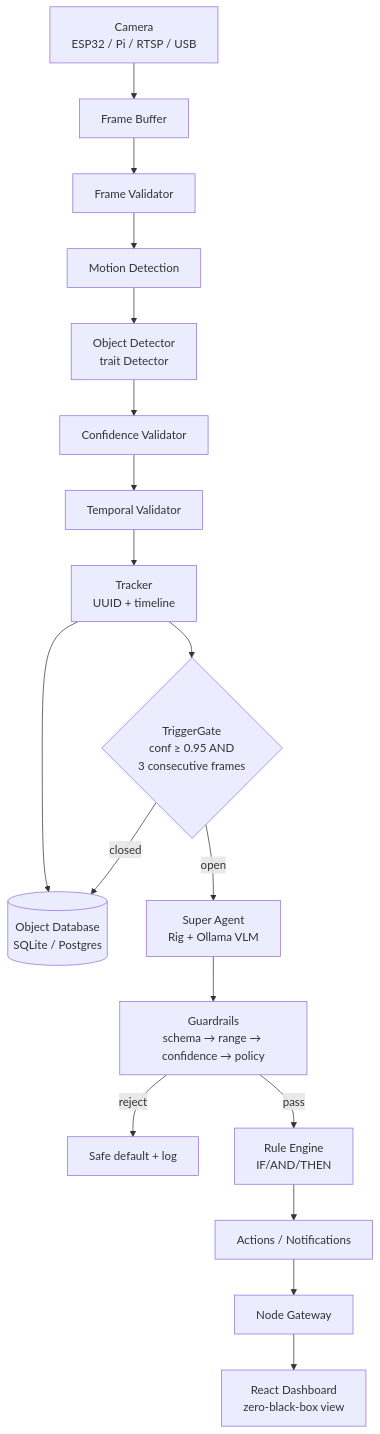
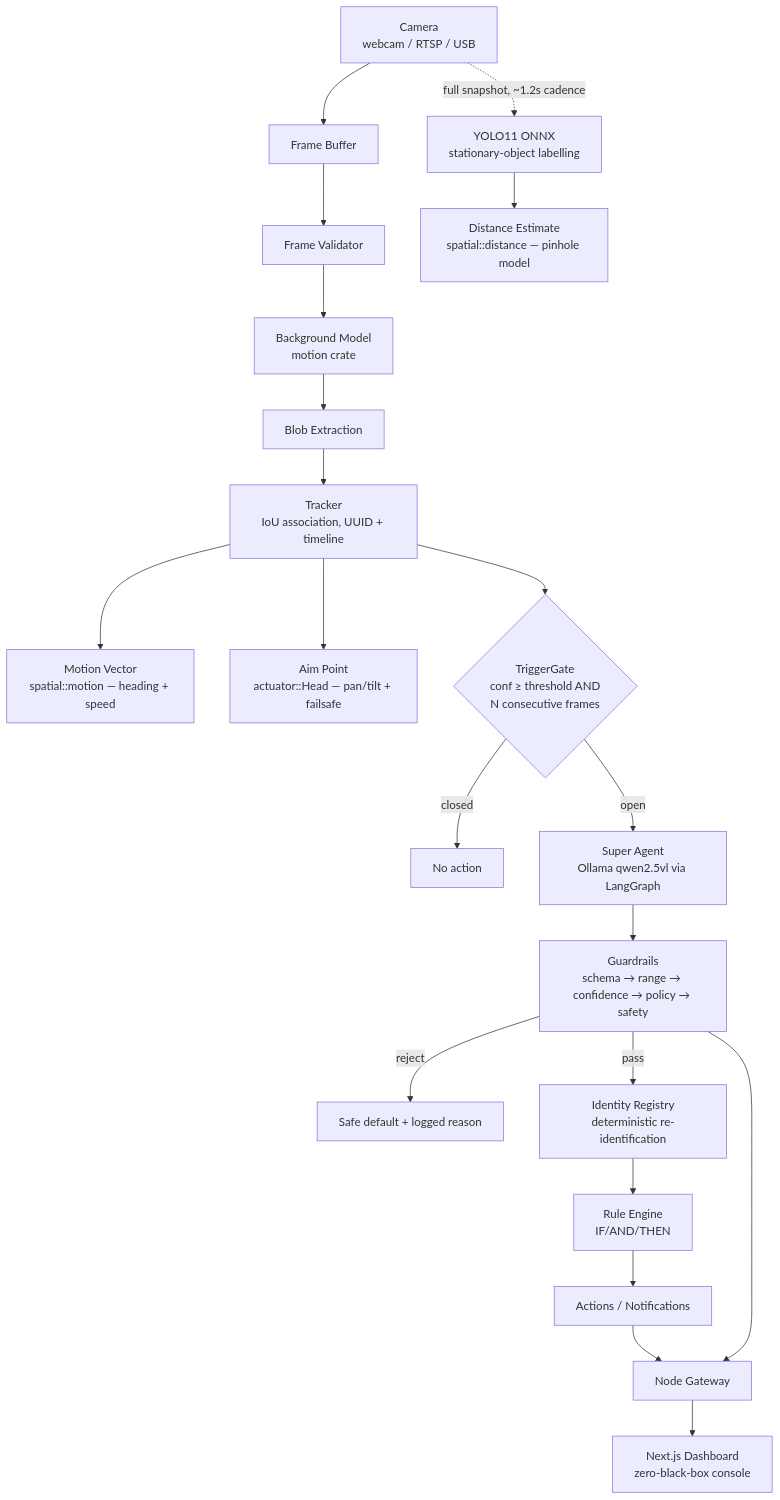
The first of 2 diagrams in docs/architecture/overview.md (GeekatplayStudio/WatchingEye), drawn with Mermaid before and after one commit. The commit also changed other lines of this file and 3 other files, not shown here.

````diff
--- a/docs/architecture/overview.md
+++ b/docs/architecture/overview.md
@@ -3,20 +5,25 @@
 ```mermaid
 flowchart TD
-    C[Camera<br/>ESP32 / Pi / RTSP / USB] --> FB[Frame Buffer]
+    C[Camera<br/>webcam / RTSP / USB] --> FB[Frame Buffer]
     FB --> FV[Frame Validator]
-    FV --> MD[Motion Detection]
-    MD --> OD[Object Detector<br/>trait Detector]
-    OD --> CV[Confidence Validator]
-    CV --> TV[Temporal Validator]
-    TV --> TR[Tracker<br/>UUID + timeline]
-    TR --> ODB[(Object Database<br/>SQLite / Postgres)]
-    TR --> GATE{TriggerGate<br/>conf ≥ 0.95 AND<br/>3 consecutive frames}
-    GATE -- closed --> ODB
-    GATE -- open --> SA[Super Agent<br/>Rig + Ollama VLM]
-    SA --> GR[Guardrails<br/>schema → range → confidence → policy]
-    GR -- reject --> SAFE[Safe default + log]
-    GR -- pass --> RE[Rule Engine<br/>IF/AND/THEN]
+    FV --> BG[Background Model<br/>motion crate]
+    BG --> BL[Blob Extraction]
+    BL --> TR[Tracker<br/>IoU association, UUID + timeline]
+    TR --> SP[Motion Vector<br/>spatial::motion — heading + speed]
+    TR --> AIM[Aim Point<br/>actuator::Head — pan/tilt + failsafe]
+    TR --> GATE{TriggerGate<br/>conf ≥ threshold AND<br/>N consecutive frames}
+    GATE -- closed --> DONE[No action]
+    GATE -- open --> VLM[Super Agent<br/>Ollama qwen2.5vl via LangGraph]
+    VLM --> GR[Guardrails<br/>schema → range → confidence → policy → safety]
+    GR -- reject --> SAFE[Safe default + logged reason]
+    GR -- pass --> ID[Identity Registry<br/>deterministic re-identification]
+    ID --> RE[Rule Engine<br/>IF/AND/THEN]
     RE --> ACT[Actions / Notifications]
+
+    C -.->|full snapshot, ~1.2s cadence| YOLO[YOLO11 ONNX<br/>stationary-object labelling]
+    YOLO --> DIST[Distance Estimate<br/>spatial::distance — pinhole model]
+
     ACT --> GW[Node Gateway]
-    GW --> UI[React Dashboard<br/>zero-black-box view]
+    GR --> GW
+    GW --> UI[Next.js Dashboard<br/>zero-black-box console]
 ```
````
